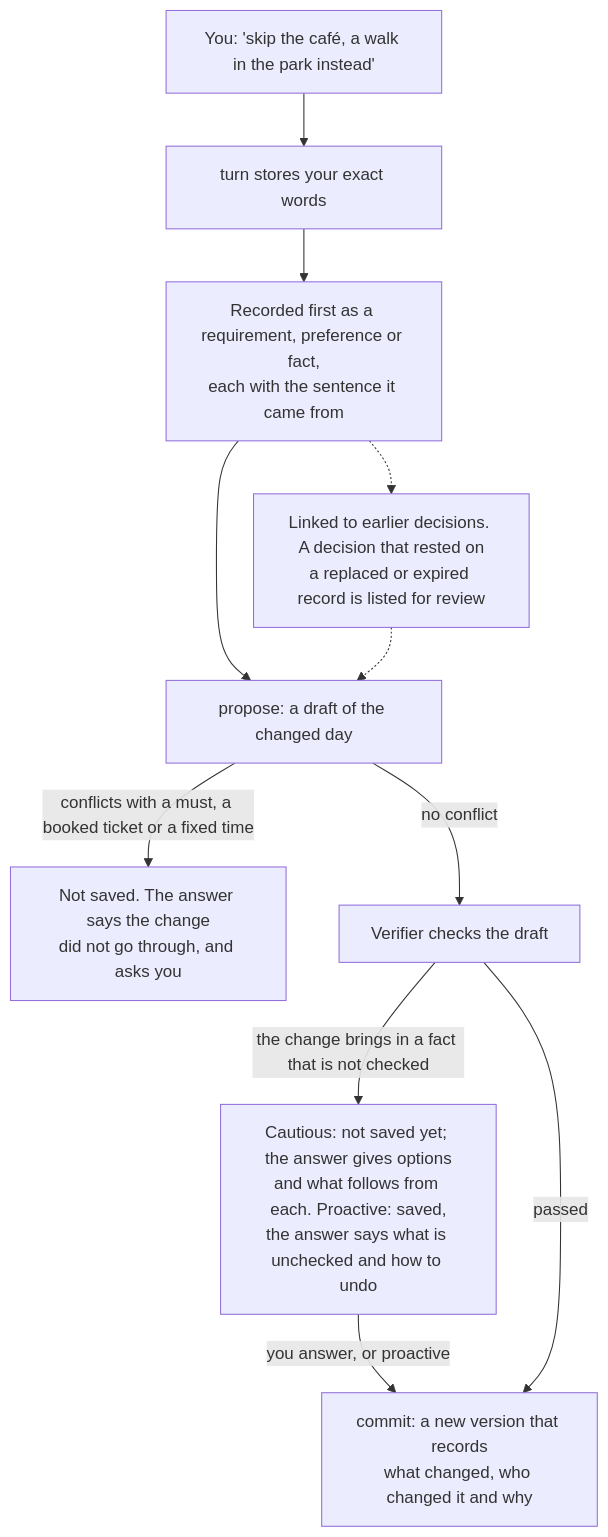
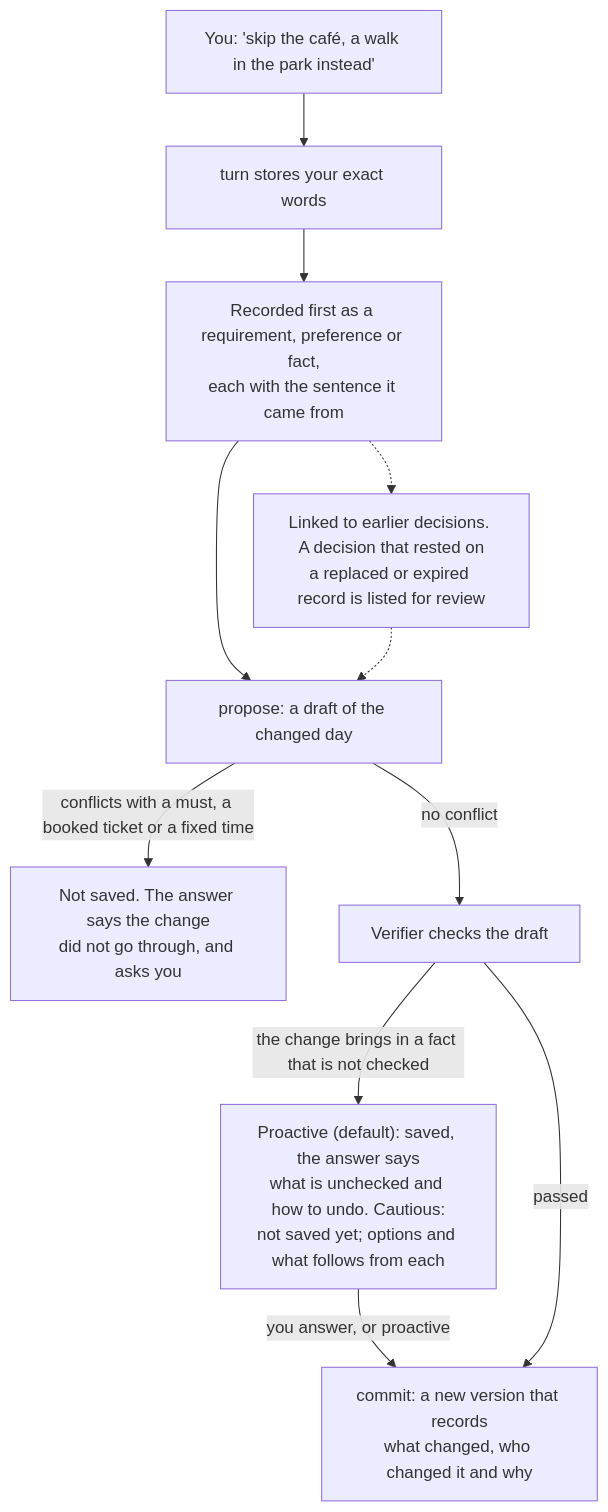
The second of 3 diagrams in README.md (zlxdengtianhei/tripwright), drawn with Mermaid before and after one commit. The commit also changed other lines of this file and 38 other files, not shown here.

````diff
--- a/README.md
+++ b/README.md
@@ -42,12 +42,12 @@
 ```mermaid
 flowchart TD
     A["You: 'skip the café, a walk in the park instead'"] --> B["turn stores your exact words"]
     B --> C["Recorded first as a requirement, preference or fact,<br/>each with the sentence it came from"]
     C -.-> D["Linked to earlier decisions. A decision that rested on<br/>a replaced or expired record is listed for review"]
     C --> E["propose: a draft of the changed day"]
     D -.-> E
     E -->|"conflicts with a must, a booked ticket or a fixed time"| X["Not saved. The answer says the change<br/>did not go through, and asks you"]
     E -->|"no conflict"| F["Verifier checks the draft"]
-    F -->|"the change brings in a fact that is not checked"| Y["Cautious: not saved yet; the answer gives options<br/>and what follows from each. Proactive: saved,<br/>the answer says what is unchecked and how to undo"] -->|"you answer, or proactive"| H
+    F -->|"the change brings in a fact that is not checked"| Y["Proactive (default): saved, the answer says<br/>what is unchecked and how to undo. Cautious:<br/>not saved yet; options and what follows from each"] -->|"you answer, or proactive"| H
     F -->|"passed"| H["commit: a new version that records<br/>what changed, who changed it and why"]
 ```
````
